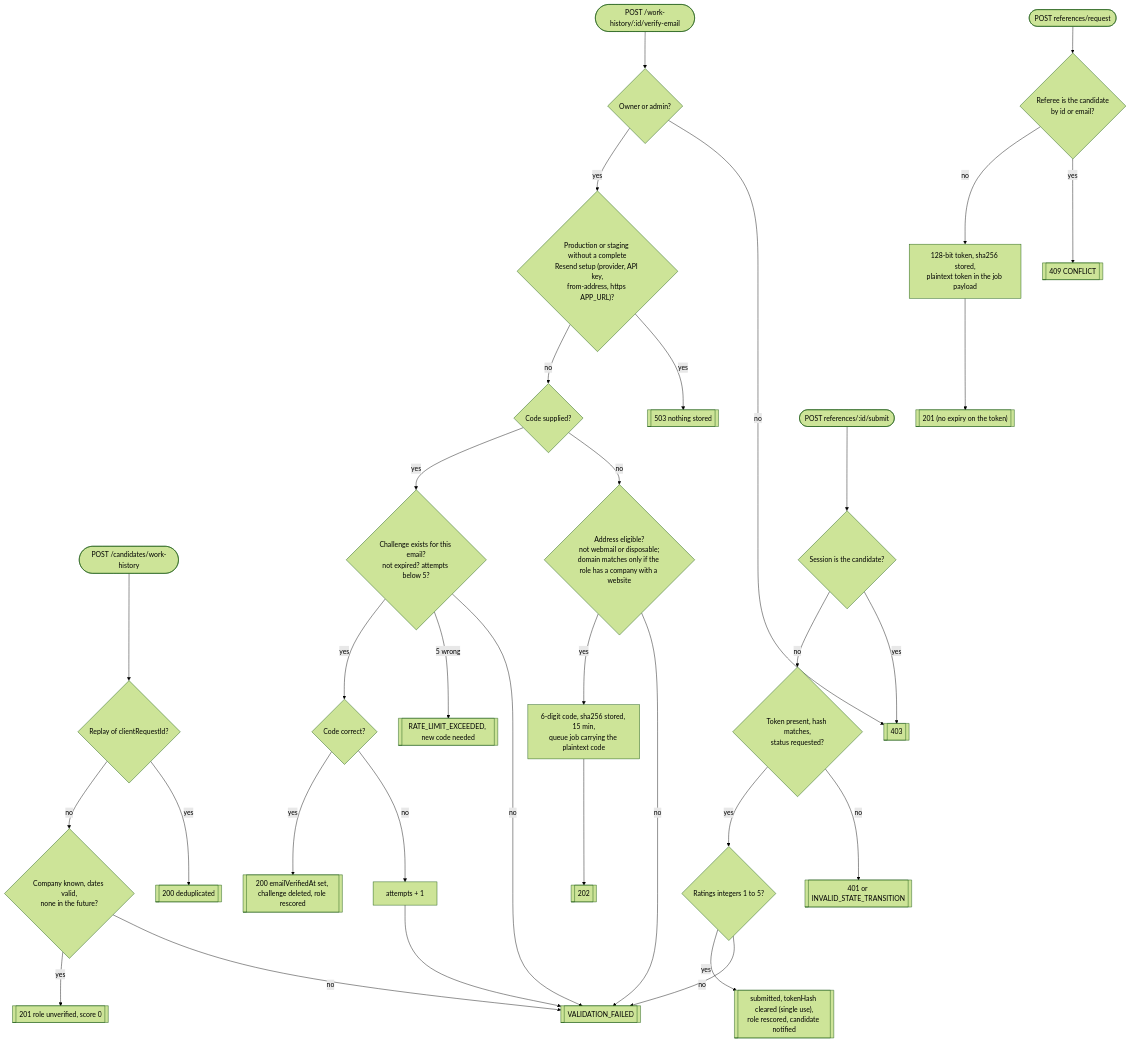
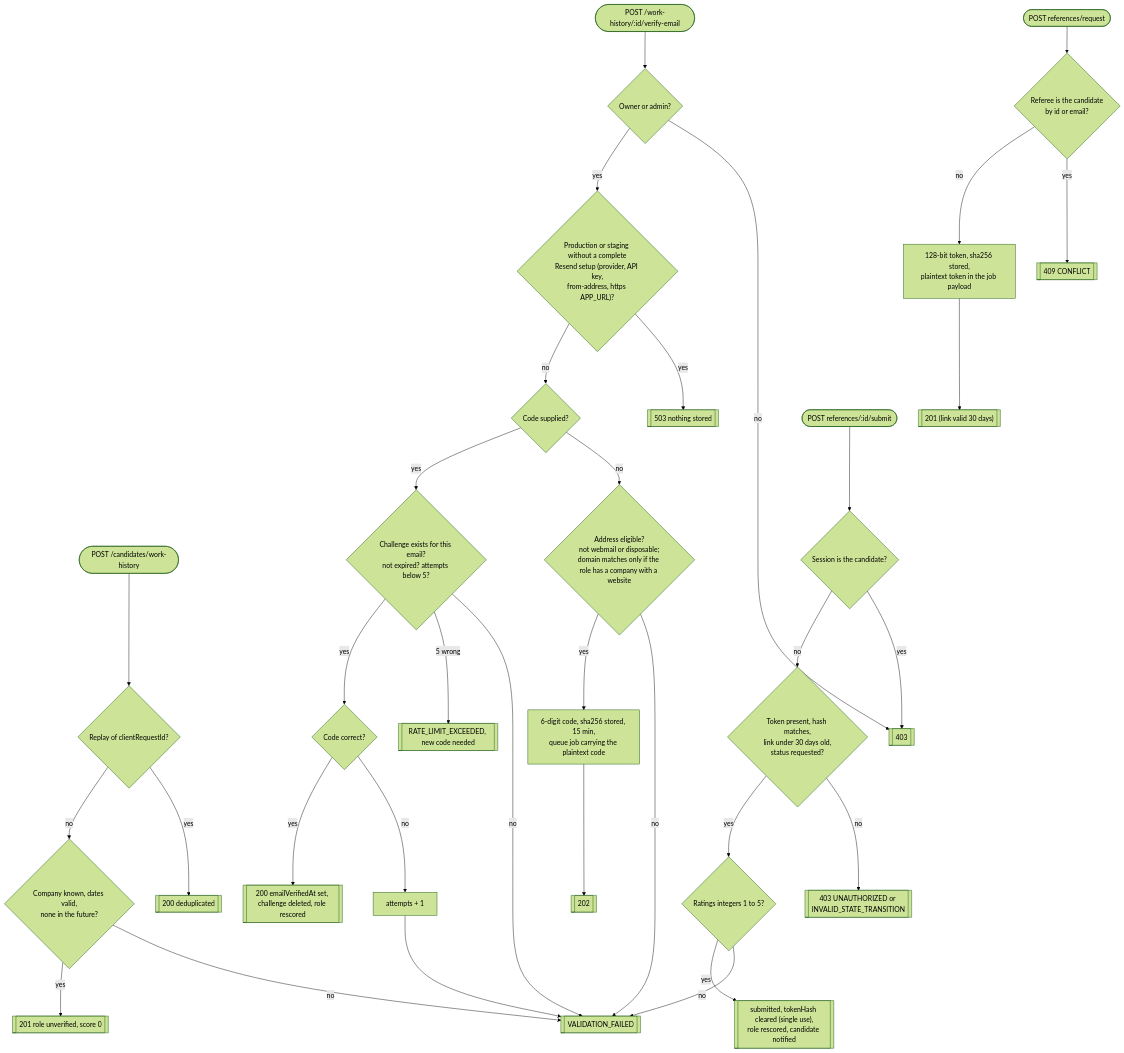
Before and after one commit to yhsomani/talentsphere-complete: the fourth of 7 diagrams in docs/system-model/02-flows.md, drawn with Mermaid (forest theme). The commit also changed other lines of this file and 4 other files, not shown here.

````diff
--- a/docs/system-model/02-flows.md
+++ b/docs/system-model/02-flows.md
@@ -112,37 +112,37 @@
 ```mermaid
 flowchart TD
   W0([POST /candidates/work-history]) --> W1{"Replay of clientRequestId?"}
   W1 -- yes --> W1a[["200 deduplicated"]]
   W1 -- no --> W2{"Company known, dates valid,<br/>none in the future?"}
   W2 -- no --> E422[["VALIDATION_FAILED"]]
   W2 -- yes --> W3[["201 role unverified, score 0"]]
 
   V0([POST /work-history/:id/verify-email]) --> V1{"Owner or admin?"}
   V1 -- no --> E403[["403"]]
   V1 -- yes --> V2{"Production or staging without a complete<br/>Resend setup (provider, API key,<br/>from-address, https APP_URL)?"}
   V2 -- yes --> E503[["503 nothing stored"]]
   V2 -- no --> V3{"Code supplied?"}
   V3 -- no --> V4{"Address eligible?<br/>not webmail or disposable;<br/>domain matches only if the role has a company with a website"}
   V4 -- no --> E422
   V4 -- yes --> V5["6-digit code, sha256 stored, 15 min,<br/>queue job carrying the plaintext code"]
   V5 --> V6[["202"]]
   V3 -- yes --> V7{"Challenge exists for this email?<br/>not expired? attempts below 5?"}
   V7 -- no --> E422
   V7 -- "5 wrong" --> E429[["RATE_LIMIT_EXCEEDED, new code needed"]]
   V7 -- yes --> V8{"Code correct?"}
   V8 -- no --> V9["attempts + 1"] --> E422
   V8 -- yes --> V10[["200 emailVerifiedAt set, challenge deleted, role rescored"]]
 
   F0([POST references/request]) --> F1{"Referee is the candidate<br/>by id or email?"}
   F1 -- yes --> E409[["409 CONFLICT"]]
   F1 -- no --> F2["128-bit token, sha256 stored,<br/>plaintext token in the job payload"]
-  F2 --> F3[["201 (no expiry on the token)"]]
+  F2 --> F3[["201 (link valid 30 days)"]]
 
   G0([POST references/:id/submit]) --> G1{"Session is the candidate?"}
   G1 -- yes --> E403
-  G1 -- no --> G2{"Token present, hash matches,<br/>status requested?"}
-  G2 -- no --> E401[["401 or INVALID_STATE_TRANSITION"]]
+  G1 -- no --> G2{"Token present, hash matches,<br/>link under 30 days old,<br/>status requested?"}
+  G2 -- no --> E401[["403 UNAUTHORIZED or INVALID_STATE_TRANSITION"]]
   G2 -- yes --> G3{"Ratings integers 1 to 5?"}
   G3 -- no --> E422
   G3 -- yes --> G4[["submitted, tokenHash cleared (single use),<br/>role rescored, candidate notified"]]
 ```
````
